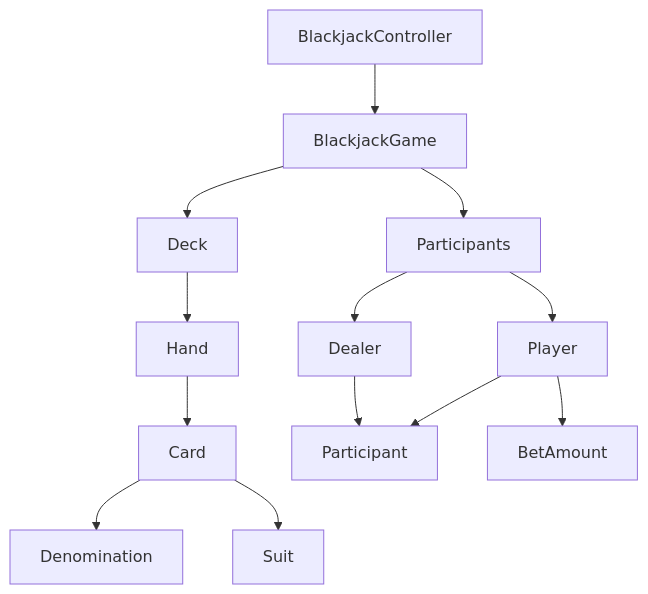
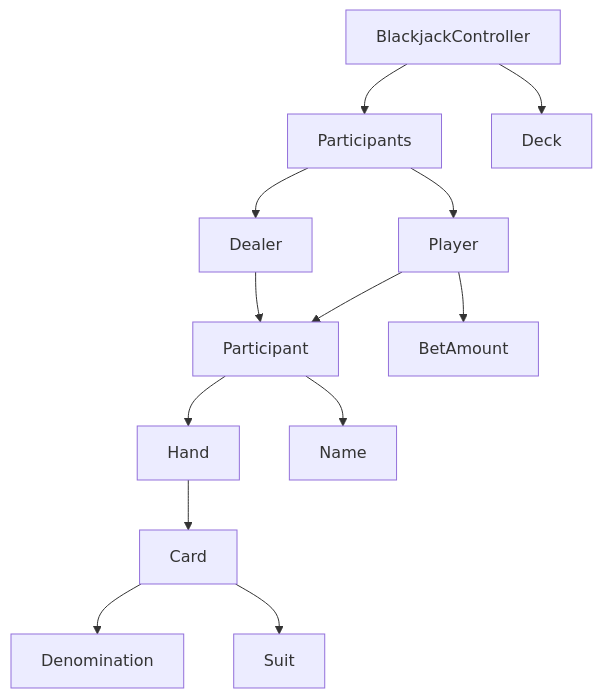
Before and after one commit to woowacourse/java-blackjack: the diagram in docs/README.md, drawn with Mermaid.

Commit message:
docs: 기능 명세 업데이트

````diff
--- a/docs/README.md
+++ b/docs/README.md
@@ -50,21 +50,22 @@
 ```mermaid
 graph TD
 
-    BlackjackController --> BlackjackGame
-    
-    BlackjackGame --> Participants
-    BlackjackGame --> Deck
-
-    Deck --> Hand
-    Hand --> Card
+    BlackjackController --> Participants
+    BlackjackController --> Deck
+   
     Card --> Denomination
     Card --> Suit
 
     Participants --> Player
     Participants --> Dealer
 
     Dealer --> Participant
     Player --> Participant
     Player --> BetAmount
     
+    Hand --> Card
+    
+    Participant --> Hand
+    Participant --> Name
+    
 ```
````
